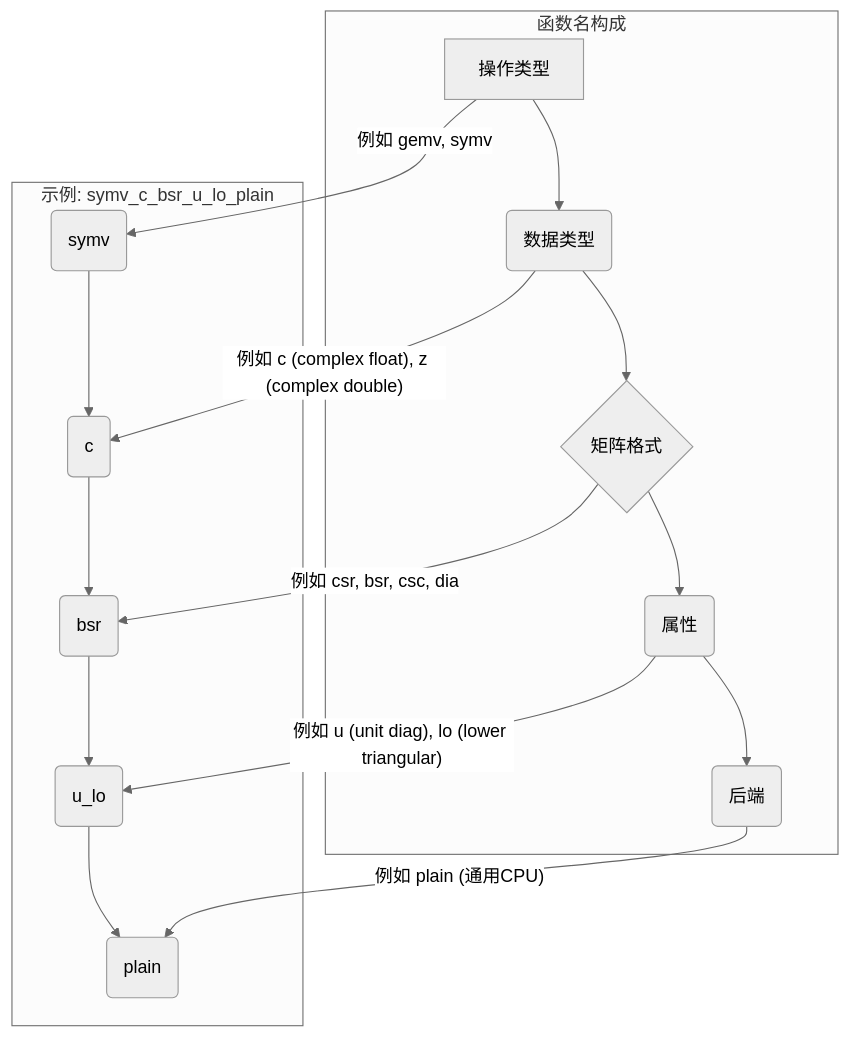
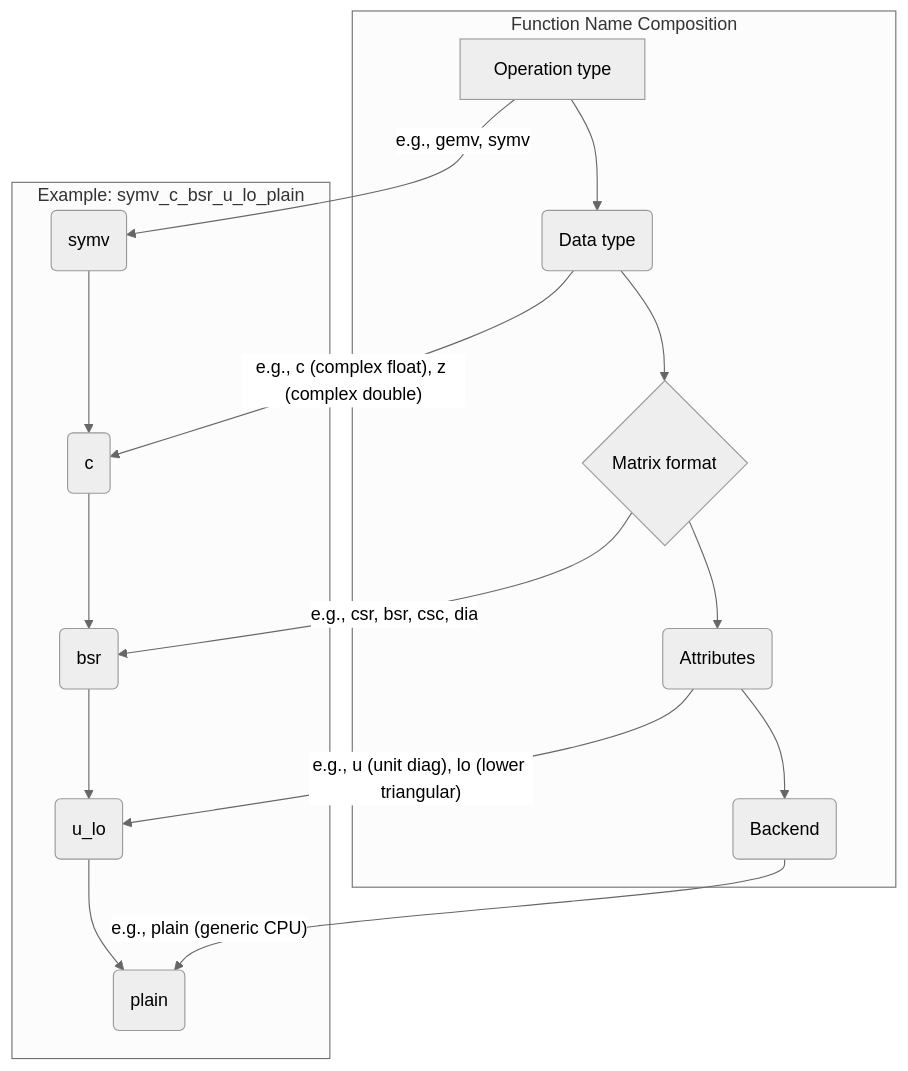
Before and after one commit to QiWu-NCIC/QiWu-KernelPerf: the seventh of 21 diagrams in KernelPerf/submissions/spmv/alphasparse/upstream/AlphasparseWiki .md, drawn with Mermaid (neutral theme). The commit also changed other lines of this file and 310 other files, not shown here.

````diff
--- a/KernelPerf/submissions/spmv/alphasparse/upstream/AlphasparseWiki .md
+++ b/KernelPerf/submissions/spmv/alphasparse/upstream/AlphasparseWiki .md
@@ -713,22 +713,22 @@
 ```mermaid
 graph TD
-    subgraph 函数名构成
-        A[操作类型] --> B(数据类型)
-        B --> C{矩阵格式}
-        C --> D(属性)
-        D --> E(后端)
+    subgraph Function Name Composition
+        A[Operation type] --> B(Data type)
+        B --> C{Matrix format}
+        C --> D(Attributes)
+        D --> E(Backend)
     end
 
-    subgraph 示例: symv_c_bsr_u_lo_plain
+    subgraph Example: symv_c_bsr_u_lo_plain
         F(symv) --> G(c)
         G --> H(bsr)
         H --> I("u_lo")
         I --> J(plain)
     end
 
-    A -- "例如 gemv, symv" --> F
-    B -- "例如 c (complex float), z (complex double)" --> G
-    C -- "例如 csr, bsr, csc, dia" --> H
-    D -- "例如 u (unit diag), lo (lower triangular)" --> I
-    E -- "例如 plain (通用CPU)" --> J
+    A -- "e.g., gemv, symv" --> F
+    B -- "e.g., c (complex float), z (complex double)" --> G
+    C -- "e.g., csr, bsr, csc, dia" --> H
+    D -- "e.g., u (unit diag), lo (lower triangular)" --> I
+    E -- "e.g., plain (generic CPU)" --> J
 ```
````
